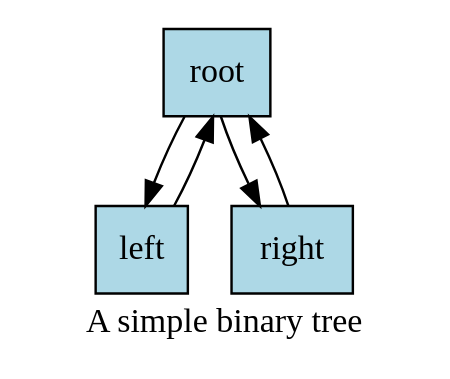
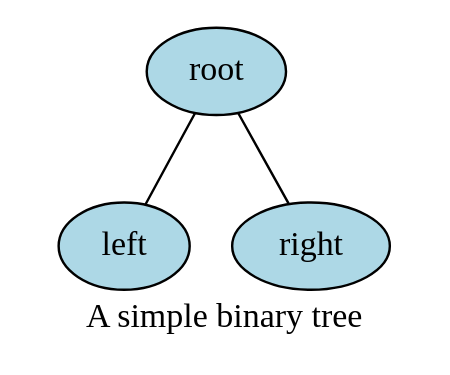
One commit to DaveParillo/intermediate-cpp changed the first of 3 diagrams in _sources/containers/associative-containers.rst. Above: the diagram before and after it, drawn with Graphviz. The commit also changed other lines of this file, not shown here.

```diff
--- a/_sources/containers/associative-containers.rst
+++ b/_sources/containers/associative-containers.rst
@@ -110,15 +110,12 @@
 .. digraph:: a_tree
    :alt: A simple binary tree
 
    graph [
           labelloc=b;
           label="A simple binary tree";
        ];
 
    node [fontname = "Bitstream Vera Sans", fontsize=14,
-                 style=filled, fillcolor=lightblue,
-                 shape=record, width=0.5, height=.5]
+                 style=filled, fillcolor=lightblue]
 
-   root -> left,right
-   left -> root
-   right -> root
+   root -> left,right [dir=none];
```
